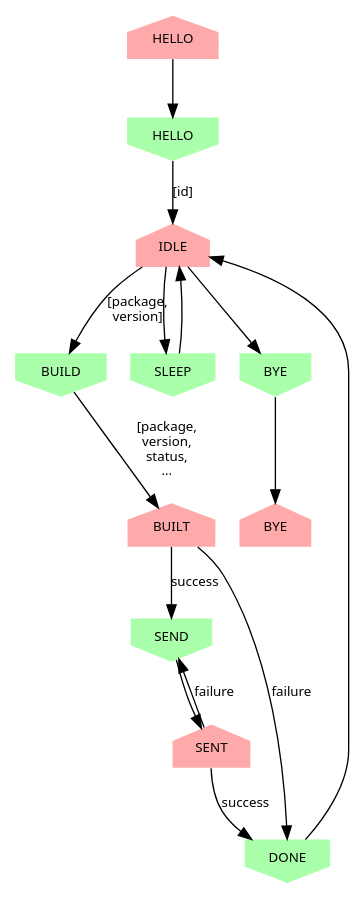
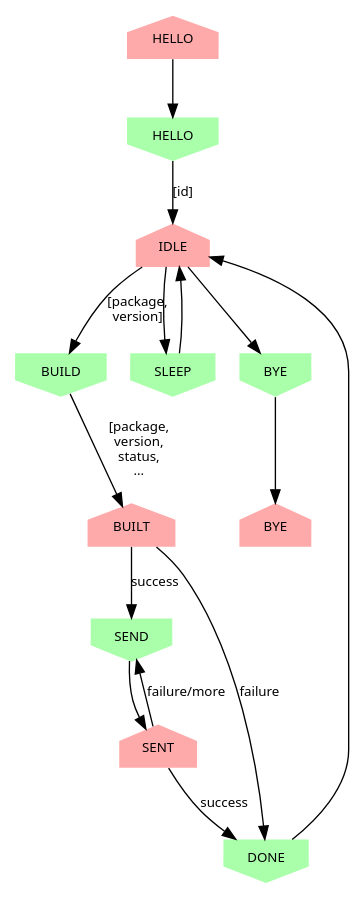
The diagram in docs/slave_protocol.dot (piwheels/piwheels), drawn with Graphviz before and after one commit. The commit also changed 9 other files, not shown here.

```diff
--- a/docs/slave_protocol.dot
+++ b/docs/slave_protocol.dot
@@ -1,35 +1,35 @@
 digraph slave {
     /* Sent messages */
     node [shape=house, fontname=Sans, fontsize=10, style=filled, fillcolor="#ffaaaa", penwidth=0];
     HELLO1 [label="HELLO"];
     IDLE;
     BUILT;
     SENT;
     BYE2 [label="BYE"];
 
     /* Received messages */
     node [shape=invhouse, fontname=Sans, fontsize=10, style=filled, fillcolor="#aaffaa", penwidth=0];
     HELLO2 [label="HELLO"];
     BUILD;
     SEND;
     DONE;
     SLEEP;
     BYE1 [label="BYE"];
 
     /* Edges */
     edge [fontname=Sans, fontsize=10];
     HELLO1->HELLO2;
     HELLO2->IDLE [label="[id]"];
     IDLE->BUILD [label="[package,\nversion]"];
     IDLE->SLEEP;
     IDLE->BYE1;
     SLEEP->IDLE;
     BUILD->BUILT [label="[package,\nversion,\nstatus,\n..."];
     BUILT->DONE [label="failure"];
     BUILT->SEND [label="success"];
     SEND->SENT;
     SENT->DONE [label="success"];
-    SENT->SEND [label="failure"];
+    SENT->SEND [label="failure/more"];
     DONE->IDLE;
     BYE1->BYE2;
 }
```
